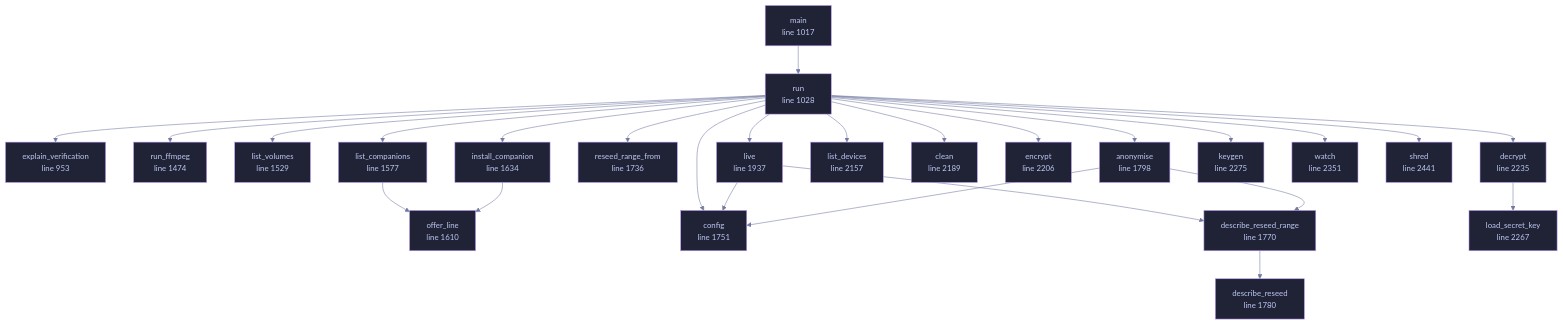
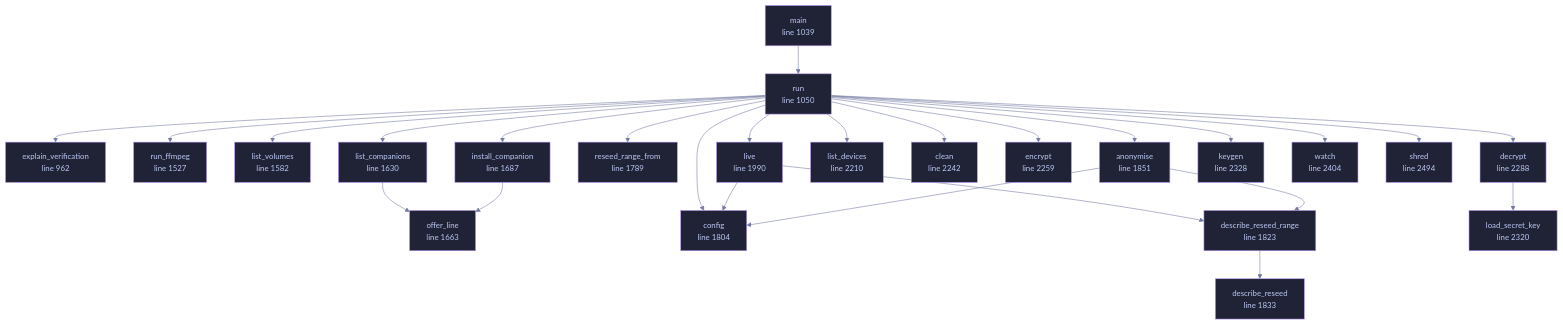
One commit to tilas01/veilvoice changed the diagram in wiki/File-veilvoice-cli-main.md. Above: the diagram before and after it, drawn with Mermaid. The commit also changed other lines of this file and 118 other files, not shown here.

````diff
--- a/wiki/File-veilvoice-cli-main.md
+++ b/wiki/File-veilvoice-cli-main.md
@@ -117,75 +117,75 @@
 ```mermaid
 %%{init: {"theme":"base","themeVariables":{"background":"#1a1b26","primaryColor":"#1f2335","primaryTextColor":"#c0caf5","primaryBorderColor":"#7aa2f7","secondaryColor":"#16161e","tertiaryColor":"#16161e","lineColor":"#737aa2","textColor":"#c0caf5","mainBkg":"#1f2335","nodeBorder":"#7aa2f7","clusterBkg":"#16161e","clusterBorder":"#2f3549","fontFamily":"ui-monospace, SFMono-Regular, Consolas, monospace","fontSize":"14px"}}}%%
 flowchart TD
-    n_explain_verification["explain_verification<br/>line 953"]
-    n_main["main<br/>line 1017"]
-    n_run["run<br/>line 1028"]
-    n_run_ffmpeg["run_ffmpeg<br/>line 1474"]
-    n_list_volumes["list_volumes<br/>line 1529"]
-    n_list_companions["list_companions<br/>line 1577"]
-    n_offer_line["offer_line<br/>line 1610"]
-    n_install_companion["install_companion<br/>line 1634"]
-    n_reseed_range_from["reseed_range_from<br/>line 1736"]
-    n_config["config<br/>line 1751"]
-    n_describe_reseed_range["describe_reseed_range<br/>line 1770"]
-    n_describe_reseed["describe_reseed<br/>line 1780"]
-    n_anonymise["anonymise<br/>line 1798"]
-    n_live["live<br/>line 1937"]
-    n_list_devices["list_devices<br/>line 2157"]
-    n_clean["clean<br/>line 2189"]
-    n_encrypt["encrypt<br/>line 2206"]
-    n_decrypt["decrypt<br/>line 2235"]
-    n_load_secret_key["load_secret_key<br/>line 2267"]
-    n_keygen["keygen<br/>line 2275"]
-    n_watch["watch<br/>line 2351"]
-    n_shred["shred<br/>line 2441"]
+    n_explain_verification["explain_verification<br/>line 962"]
+    n_main["main<br/>line 1039"]
+    n_run["run<br/>line 1050"]
+    n_run_ffmpeg["run_ffmpeg<br/>line 1527"]
+    n_list_volumes["list_volumes<br/>line 1582"]
+    n_list_companions["list_companions<br/>line 1630"]
+    n_offer_line["offer_line<br/>line 1663"]
+    n_install_companion["install_companion<br/>line 1687"]
+    n_reseed_range_from["reseed_range_from<br/>line 1789"]
+    n_config["config<br/>line 1804"]
+    n_describe_reseed_range["describe_reseed_range<br/>line 1823"]
+    n_describe_reseed["describe_reseed<br/>line 1833"]
+    n_anonymise["anonymise<br/>line 1851"]
+    n_live["live<br/>line 1990"]
+    n_list_devices["list_devices<br/>line 2210"]
+    n_clean["clean<br/>line 2242"]
+    n_encrypt["encrypt<br/>line 2259"]
+    n_decrypt["decrypt<br/>line 2288"]
+    n_load_secret_key["load_secret_key<br/>line 2320"]
+    n_keygen["keygen<br/>line 2328"]
+    n_watch["watch<br/>line 2404"]
+    n_shred["shred<br/>line 2494"]
     n_anonymise --> n_config
     n_anonymise --> n_describe_reseed_range
     n_decrypt --> n_load_secret_key
     n_describe_reseed_range --> n_describe_reseed
     n_install_companion --> n_offer_line
     n_list_companions --> n_offer_line
     n_live --> n_config
     n_live --> n_describe_reseed_range
     n_main --> n_run
     n_run --> n_anonymise
     n_run --> n_clean
     n_run --> n_config
     n_run --> n_decrypt
     n_run --> n_encrypt
     n_run --> n_explain_verification
     n_run --> n_install_companion
     n_run --> n_keygen
     n_run --> n_list_companions
     n_run --> n_list_devices
     n_run --> n_list_volumes
     n_run --> n_live
     n_run --> n_reseed_range_from
     n_run --> n_run_ffmpeg
     n_run --> n_shred
     n_run --> n_watch
-    click n_explain_verification href "https://github.com/tilas01/veilvoice/blob/main/crates/veilvoice-cli/src/main.rs#L953" "open the source"
-    click n_main href "https://github.com/tilas01/veilvoice/blob/main/crates/veilvoice-cli/src/main.rs#L1017" "open the source"
-    click n_run href "https://github.com/tilas01/veilvoice/blob/main/crates/veilvoice-cli/src/main.rs#L1028" "open the source"
-    click n_run_ffmpeg href "https://github.com/tilas01/veilvoice/blob/main/crates/veilvoice-cli/src/main.rs#L1474" "open the source"
-    click n_list_volumes href "https://github.com/tilas01/veilvoice/blob/main/crates/veilvoice-cli/src/main.rs#L1529" "open the source"
-    click n_list_companions href "https://github.com/tilas01/veilvoice/blob/main/crates/veilvoice-cli/src/main.rs#L1577" "open the source"
-    click n_offer_line href "https://github.com/tilas01/veilvoice/blob/main/crates/veilvoice-cli/src/main.rs#L1610" "open the source"
-    click n_install_companion href "https://github.com/tilas01/veilvoice/blob/main/crates/veilvoice-cli/src/main.rs#L1634" "open the source"
-    click n_reseed_range_from href "https://github.com/tilas01/veilvoice/blob/main/crates/veilvoice-cli/src/main.rs#L1736" "open the source"
-    click n_config href "https://github.com/tilas01/veilvoice/blob/main/crates/veilvoice-cli/src/main.rs#L1751" "open the source"
-    click n_describe_reseed_range href "https://github.com/tilas01/veilvoice/blob/main/crates/veilvoice-cli/src/main.rs#L1770" "open the source"
-    click n_describe_reseed href "https://github.com/tilas01/veilvoice/blob/main/crates/veilvoice-cli/src/main.rs#L1780" "open the source"
-    click n_anonymise href "https://github.com/tilas01/veilvoice/blob/main/crates/veilvoice-cli/src/main.rs#L1798" "open the source"
-    click n_live href "https://github.com/tilas01/veilvoice/blob/main/crates/veilvoice-cli/src/main.rs#L1937" "open the source"
-    click n_list_devices href "https://github.com/tilas01/veilvoice/blob/main/crates/veilvoice-cli/src/main.rs#L2157" "open the source"
-    click n_clean href "https://github.com/tilas01/veilvoice/blob/main/crates/veilvoice-cli/src/main.rs#L2189" "open the source"
-    click n_encrypt href "https://github.com/tilas01/veilvoice/blob/main/crates/veilvoice-cli/src/main.rs#L2206" "open the source"
-    click n_decrypt href "https://github.com/tilas01/veilvoice/blob/main/crates/veilvoice-cli/src/main.rs#L2235" "open the source"
-    click n_load_secret_key href "https://github.com/tilas01/veilvoice/blob/main/crates/veilvoice-cli/src/main.rs#L2267" "open the source"
-    click n_keygen href "https://github.com/tilas01/veilvoice/blob/main/crates/veilvoice-cli/src/main.rs#L2275" "open the source"
-    click n_watch href "https://github.com/tilas01/veilvoice/blob/main/crates/veilvoice-cli/src/main.rs#L2351" "open the source"
-    click n_shred href "https://github.com/tilas01/veilvoice/blob/main/crates/veilvoice-cli/src/main.rs#L2441" "open the source"
+    click n_explain_verification href "https://github.com/tilas01/veilvoice/blob/main/crates/veilvoice-cli/src/main.rs#L962" "open the source"
+    click n_main href "https://github.com/tilas01/veilvoice/blob/main/crates/veilvoice-cli/src/main.rs#L1039" "open the source"
+    click n_run href "https://github.com/tilas01/veilvoice/blob/main/crates/veilvoice-cli/src/main.rs#L1050" "open the source"
+    click n_run_ffmpeg href "https://github.com/tilas01/veilvoice/blob/main/crates/veilvoice-cli/src/main.rs#L1527" "open the source"
+    click n_list_volumes href "https://github.com/tilas01/veilvoice/blob/main/crates/veilvoice-cli/src/main.rs#L1582" "open the source"
+    click n_list_companions href "https://github.com/tilas01/veilvoice/blob/main/crates/veilvoice-cli/src/main.rs#L1630" "open the source"
+    click n_offer_line href "https://github.com/tilas01/veilvoice/blob/main/crates/veilvoice-cli/src/main.rs#L1663" "open the source"
+    click n_install_companion href "https://github.com/tilas01/veilvoice/blob/main/crates/veilvoice-cli/src/main.rs#L1687" "open the source"
+    click n_reseed_range_from href "https://github.com/tilas01/veilvoice/blob/main/crates/veilvoice-cli/src/main.rs#L1789" "open the source"
+    click n_config href "https://github.com/tilas01/veilvoice/blob/main/crates/veilvoice-cli/src/main.rs#L1804" "open the source"
+    click n_describe_reseed_range href "https://github.com/tilas01/veilvoice/blob/main/crates/veilvoice-cli/src/main.rs#L1823" "open the source"
+    click n_describe_reseed href "https://github.com/tilas01/veilvoice/blob/main/crates/veilvoice-cli/src/main.rs#L1833" "open the source"
+    click n_anonymise href "https://github.com/tilas01/veilvoice/blob/main/crates/veilvoice-cli/src/main.rs#L1851" "open the source"
+    click n_live href "https://github.com/tilas01/veilvoice/blob/main/crates/veilvoice-cli/src/main.rs#L1990" "open the source"
+    click n_list_devices href "https://github.com/tilas01/veilvoice/blob/main/crates/veilvoice-cli/src/main.rs#L2210" "open the source"
+    click n_clean href "https://github.com/tilas01/veilvoice/blob/main/crates/veilvoice-cli/src/main.rs#L2242" "open the source"
+    click n_encrypt href "https://github.com/tilas01/veilvoice/blob/main/crates/veilvoice-cli/src/main.rs#L2259" "open the source"
+    click n_decrypt href "https://github.com/tilas01/veilvoice/blob/main/crates/veilvoice-cli/src/main.rs#L2288" "open the source"
+    click n_load_secret_key href "https://github.com/tilas01/veilvoice/blob/main/crates/veilvoice-cli/src/main.rs#L2320" "open the source"
+    click n_keygen href "https://github.com/tilas01/veilvoice/blob/main/crates/veilvoice-cli/src/main.rs#L2328" "open the source"
+    click n_watch href "https://github.com/tilas01/veilvoice/blob/main/crates/veilvoice-cli/src/main.rs#L2404" "open the source"
+    click n_shred href "https://github.com/tilas01/veilvoice/blob/main/crates/veilvoice-cli/src/main.rs#L2494" "open the source"
     classDef helper fill:#1f2335,stroke:#bb9af7,color:#c0caf5
     class n_explain_verification,n_main,n_run,n_run_ffmpeg,n_list_volumes,n_list_companions,n_offer_line,n_install_companion,n_reseed_range_from,n_config,n_describe_reseed_range,n_describe_reseed,n_anonymise,n_live,n_list_devices,n_clean,n_encrypt,n_decrypt,n_load_secret_key,n_keygen,n_watch,n_shred helper
 ```
````
